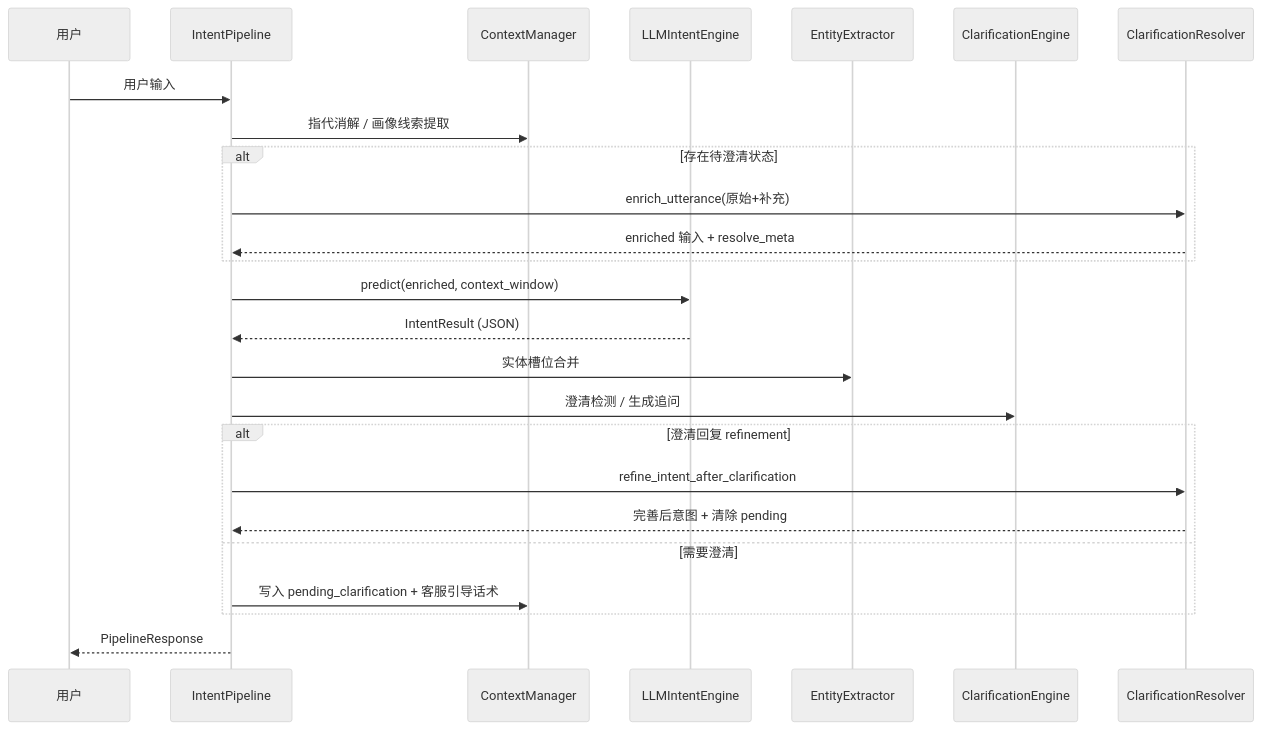
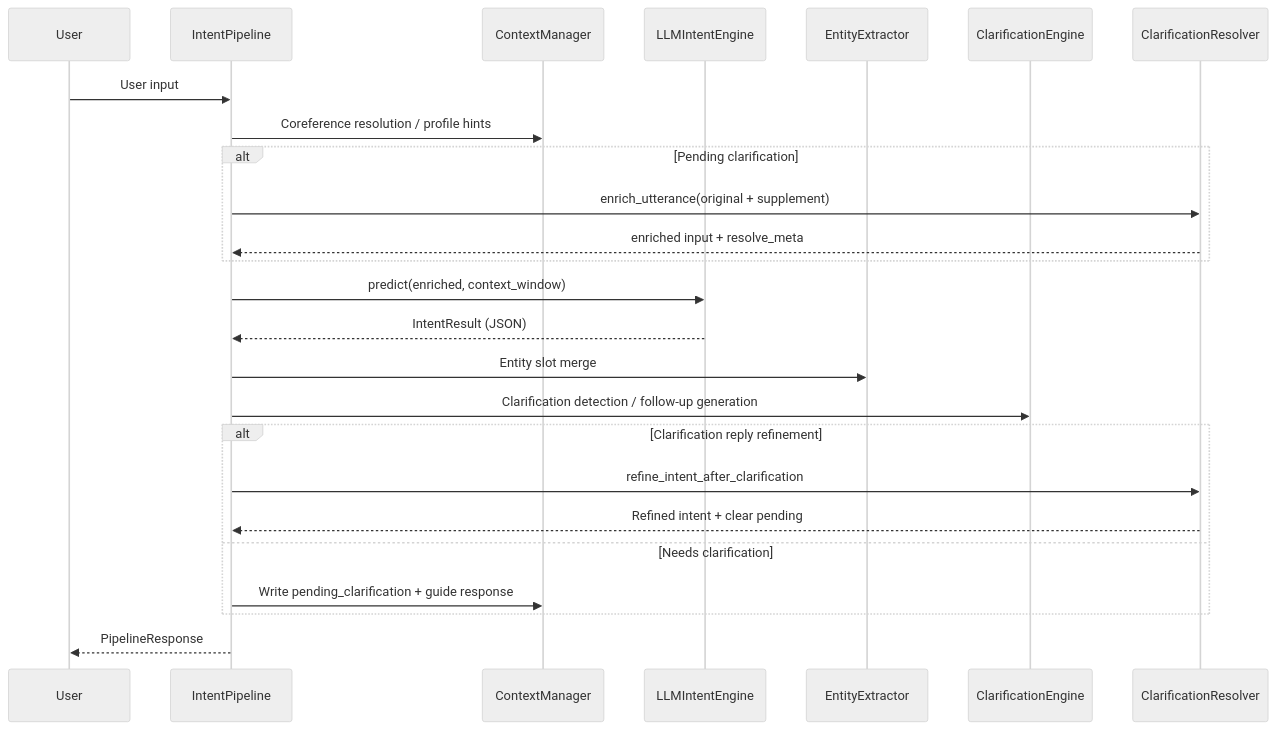
The first of 2 diagrams in docs/ARCHITECTURE.md (AlandeXiong/Insurance-Intention), drawn with Mermaid (neutral theme) before and after one commit. The commit also changed other lines of this file and 31 other files, not shown here.

````diff
--- a/docs/ARCHITECTURE.md
+++ b/docs/ARCHITECTURE.md
@@ -60,28 +60,28 @@
 ```mermaid
 sequenceDiagram
-    participant U as 用户
+    participant U as User
     participant P as IntentPipeline
     participant C as ContextManager
     participant L as LLMIntentEngine
     participant E as EntityExtractor
     participant CL as ClarificationEngine
     participant R as ClarificationResolver
 
-    U->>P: 用户输入
-    P->>C: 指代消解 / 画像线索提取
-    alt 存在待澄清状态
-        P->>R: enrich_utterance(原始+补充)
-        R-->>P:  enriched 输入 + resolve_meta
+    U->>P: User input
+    P->>C: Coreference resolution / profile hints
+    alt Pending clarification
+        P->>R: enrich_utterance(original + supplement)
+        R-->>P: enriched input + resolve_meta
     end
     P->>L: predict(enriched, context_window)
     L-->>P: IntentResult (JSON)
-    P->>E: 实体槽位合并
-    P->>CL: 澄清检测 / 生成追问
-    alt 澄清回复 refinement
+    P->>E: Entity slot merge
+    P->>CL: Clarification detection / follow-up generation
+    alt Clarification reply refinement
         P->>R: refine_intent_after_clarification
-        R-->>P: 完善后意图 + 清除 pending
-    else 需要澄清
-        P->>C: 写入 pending_clarification + 客服引导话术
+        R-->>P: Refined intent + clear pending
+    else Needs clarification
+        P->>C: Write pending_clarification + guide response
     end
     P-->>U: PipelineResponse
 ```
````
